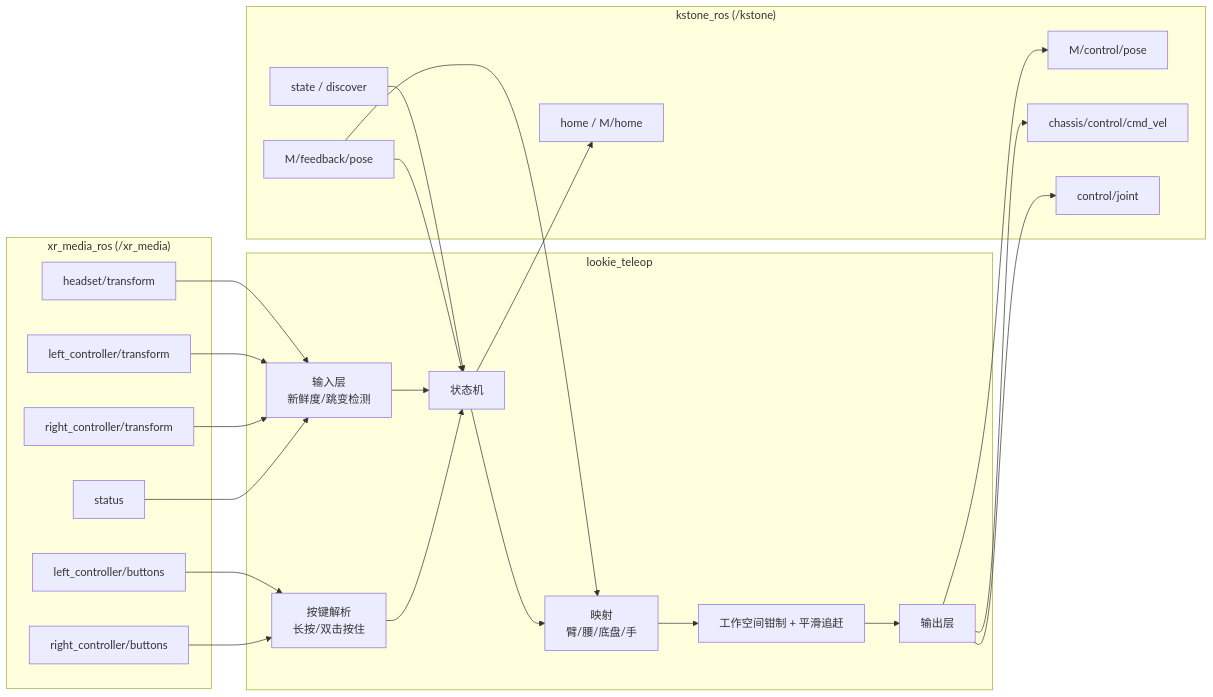
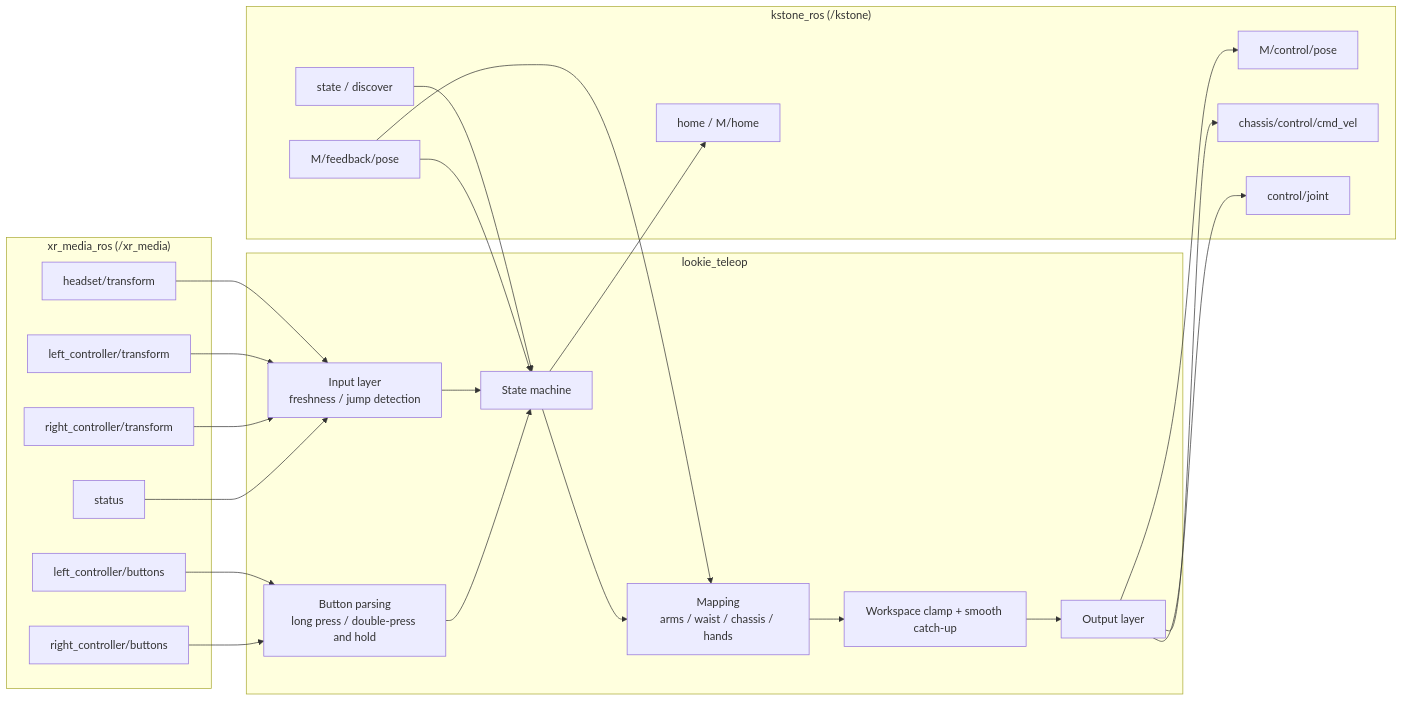
The first of 6 diagrams in lookie_teleop/docs/vr_teleop_dev_design.md (AgilexOpensource/lookie_ros), drawn with Mermaid before and after one commit. The commit also changed other lines of this file and 11 other files, not shown here.

````diff
--- a/lookie_teleop/docs/vr_teleop_dev_design.md
+++ b/lookie_teleop/docs/vr_teleop_dev_design.md
@@ -22,36 +20,36 @@
 ```mermaid
 flowchart LR
     subgraph XR["xr_media_ros (/xr_media)"]
         HT["headset/transform"]
         LT["left_controller/transform"]
         RT["right_controller/transform"]
         LB["left_controller/buttons"]
         RB["right_controller/buttons"]
         ST["status"]
     end
     subgraph TP["lookie_teleop"]
-        IN["输入层<br/>新鲜度/跳变检测"]
-        BTN["按键解析<br/>长按/双击按住"]
-        SM["状态机"]
-        MAP["映射<br/>臂/腰/底盘/手"]
-        CLP["工作空间钳制 + 平滑追赶"]
-        OUT["输出层"]
+        IN["Input layer<br/>freshness / jump detection"]
+        BTN["Button parsing<br/>long press / double-press and hold"]
+        SM["State machine"]
+        MAP["Mapping<br/>arms / waist / chassis / hands"]
+        CLP["Workspace clamp + smooth catch-up"]
+        OUT["Output layer"]
     end
     subgraph KS["kstone_ros (/kstone)"]
         KST["state / discover"]
         KP["M/control/pose"]
         KV["chassis/control/cmd_vel"]
         KJ["control/joint"]
         KH["home / M/home"]
         KF["M/feedback/pose"]
     end
     HT & LT & RT & ST --> IN
     LB & RB --> BTN
     IN --> SM
     BTN --> SM
     SM --> MAP --> CLP --> OUT
     KST & KF --> SM
     KF --> MAP
     OUT --> KP & KV & KJ
     SM --> KH
 ```
````
